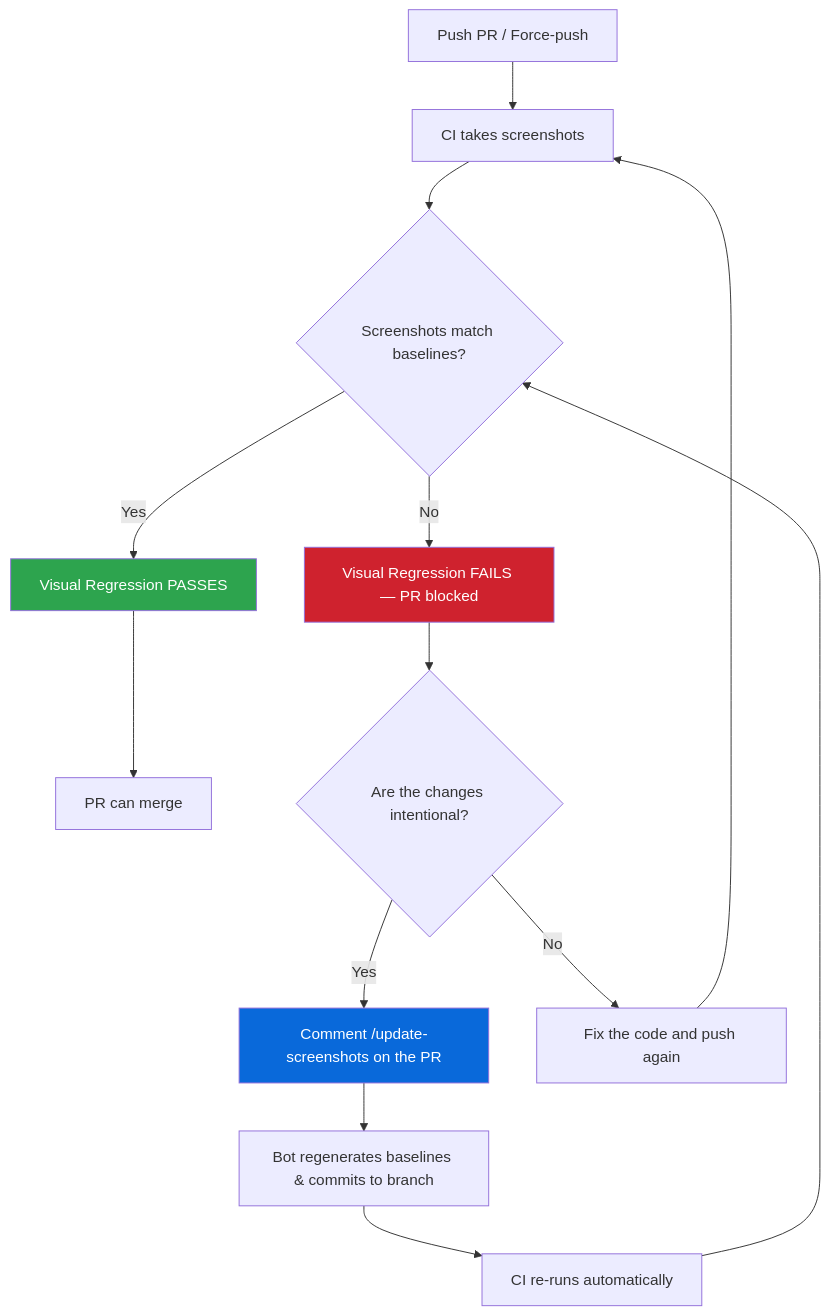
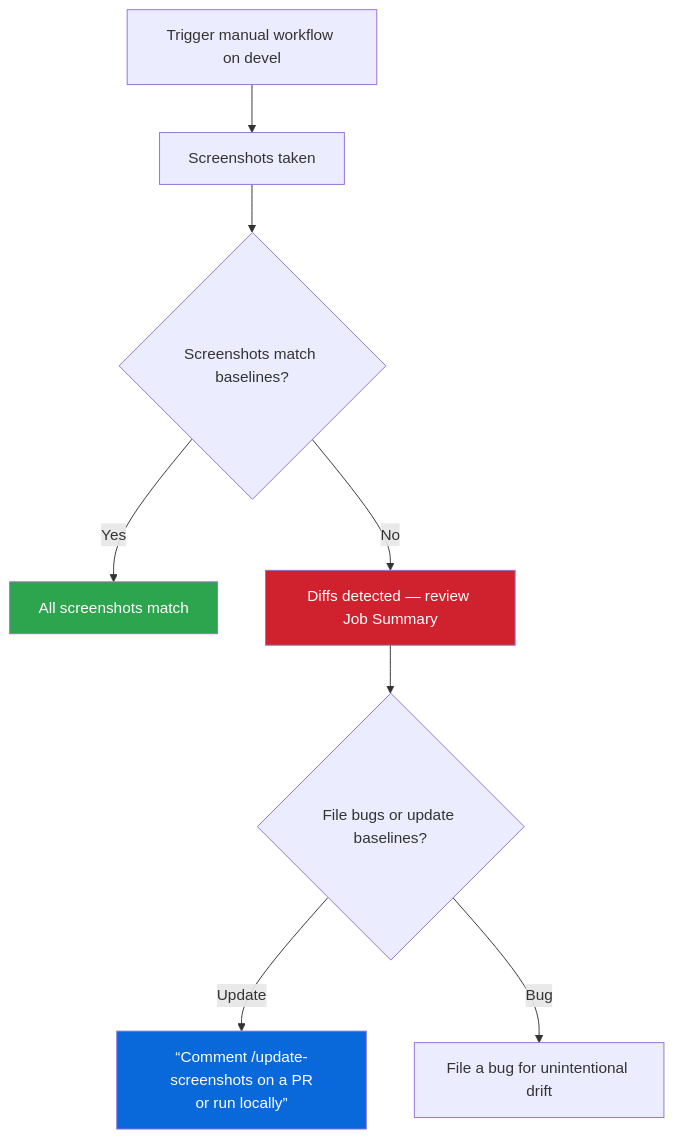
Before and after one commit to alinabuzachis/syntara: the diagram in frontend/packages/nexus-ui/VISUAL_REGRESSION.md, drawn with Mermaid. The commit also changed other lines of this file and 7 other files, not shown here.

First line of the commit message:
refactor(ci): move visual regression from PR gate to manual-only workflow (#305)

````diff
--- a/frontend/packages/nexus-ui/VISUAL_REGRESSION.md
+++ b/frontend/packages/nexus-ui/VISUAL_REGRESSION.md
@@ -22,19 +22,14 @@
 ```mermaid
 flowchart TD
-    A[Push PR / Force-push] --> B[CI takes screenshots]
+    A[Trigger manual workflow on devel] --> B[Screenshots taken]
     B --> C{Screenshots match baselines?}
-    C -- Yes --> D[Visual Regression PASSES]
-    D --> E[PR can merge]
-    C -- No --> F[Visual Regression FAILS — PR blocked]
-    F --> G{Are the changes intentional?}
-    G -- Yes --> H["Comment /update-screenshots on the PR"]
-    H --> I[Bot regenerates baselines & commits to branch]
-    I --> J[CI re-runs automatically]
-    J --> C
-    G -- No --> K[Fix the code and push again]
-    K --> B
+    C -- Yes --> D[All screenshots match]
+    C -- No --> F[Diffs detected — review Job Summary]
+    F --> G{File bugs or update baselines?}
+    G -- Update --> H[“Comment /update-screenshots on a PR\nor run locally”]
+    G -- Bug --> I[File a bug for unintentional drift]
 
     style D fill:#2da44e,color:#fff
     style F fill:#cf222e,color:#fff
     style H fill:#0969da,color:#fff
 ```
````
